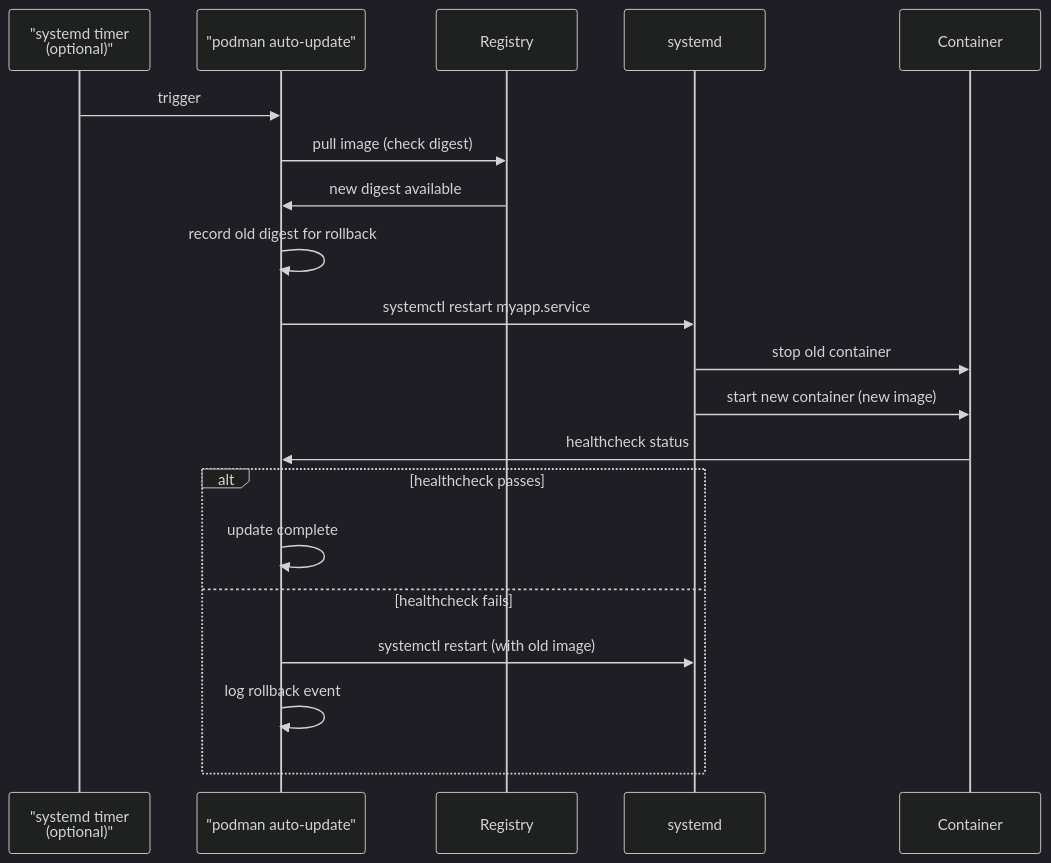
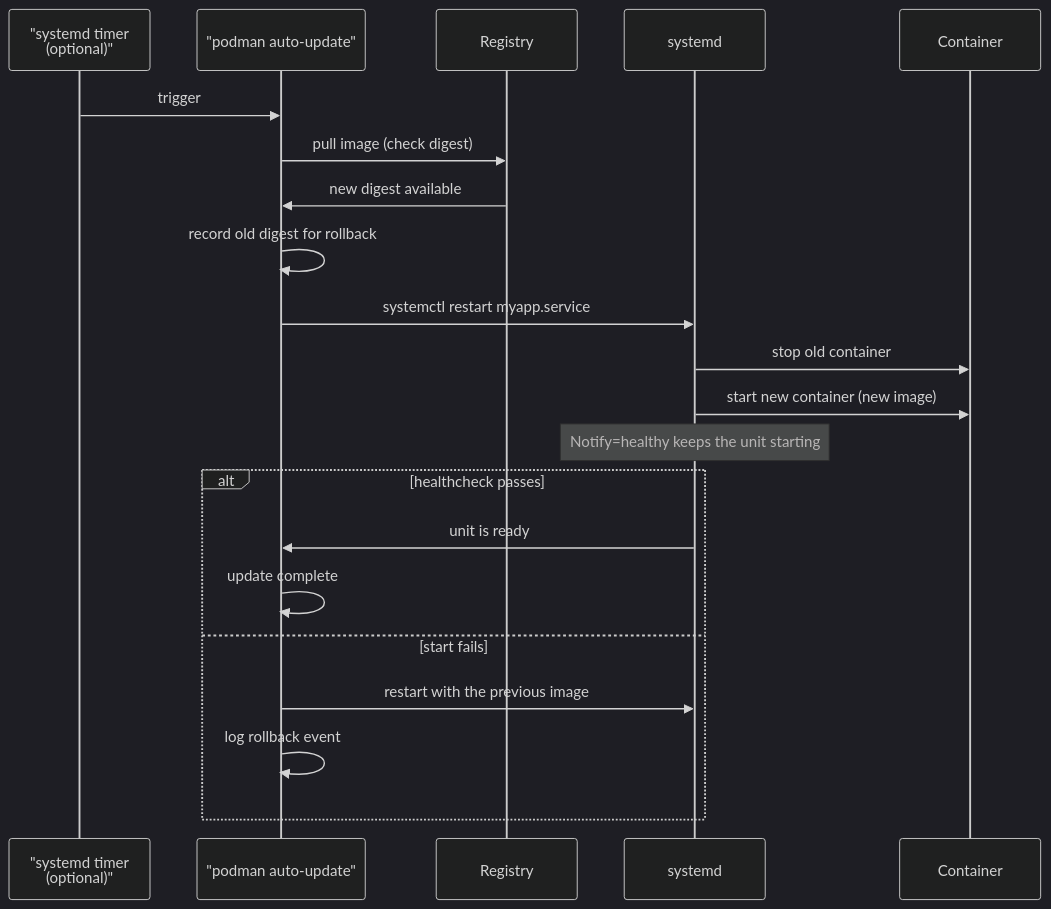
Before and after one commit to UncleJS/course_podman: the second of 4 diagrams in modules/14-autoupdate.md, drawn with Mermaid (dark theme). The commit also changed other lines of this file and 37 other files, not shown here.

````diff
--- a/modules/14-autoupdate.md
+++ b/modules/14-autoupdate.md
@@ -85,23 +85,24 @@
 ```mermaid
 sequenceDiagram
     participant Timer as "systemd timer<br/>(optional)"
     participant AU as "podman auto-update"
     participant Registry
     participant systemd
     participant Container
 
     Timer->>AU: trigger
     AU->>Registry: pull image (check digest)
     Registry->>AU: new digest available
     AU->>AU: record old digest for rollback
     AU->>systemd: systemctl restart myapp.service
     systemd->>Container: stop old container
     systemd->>Container: start new container (new image)
-    Container->>AU: healthcheck status
+    Note over systemd: Notify=healthy keeps the unit starting
     alt healthcheck passes
+        systemd->>AU: unit is ready
         AU->>AU: update complete
-    else healthcheck fails
-        AU->>systemd: systemctl restart (with old image)
+    else start fails
+        AU->>systemd: restart with the previous image
         AU->>AU: log rollback event
     end
 ```
````
